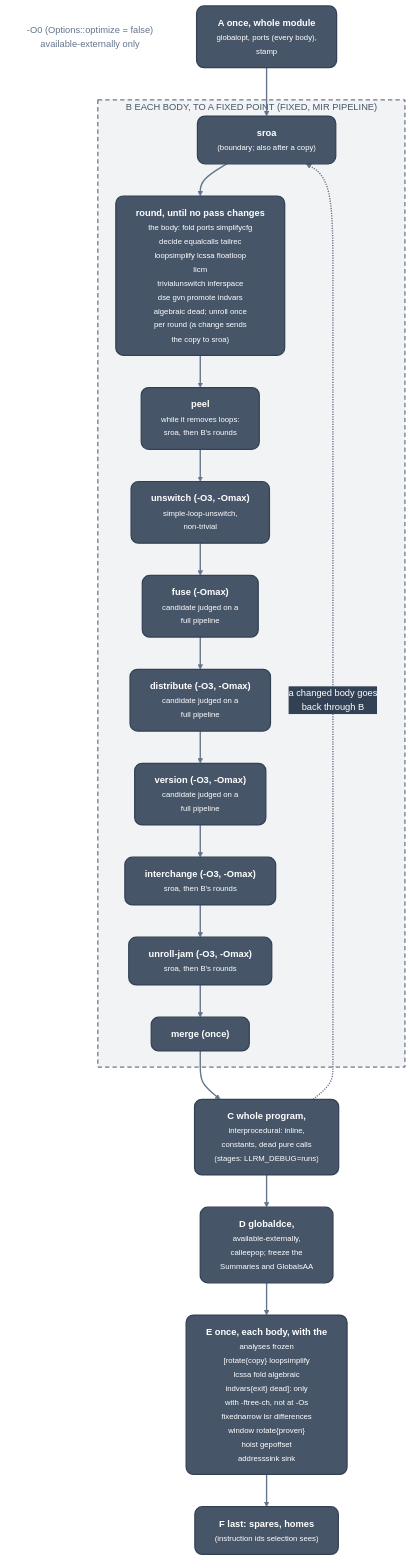
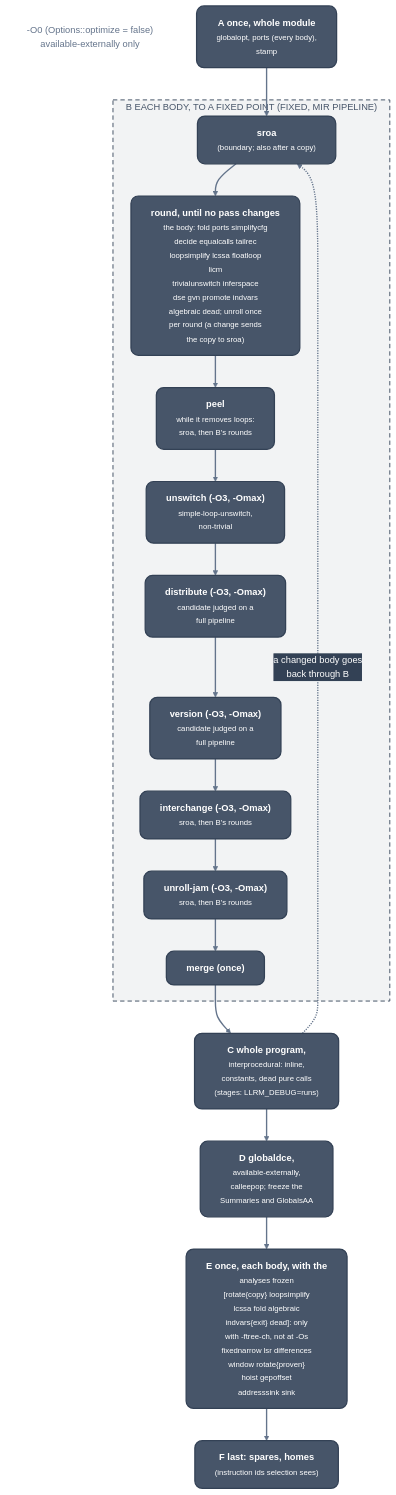
One commit to ali-mosavian/llrm changed the diagram in docs/optimizations/passes/pipeline.md. Above: the diagram before and after it, drawn with Mermaid. The commit also changed other lines of this file and 23 other files, not shown here.

````diff
--- a/docs/optimizations/passes/pipeline.md
+++ b/docs/optimizations/passes/pipeline.md
@@ -22,41 +22,39 @@
 ```mermaid
 %%{init: {'theme':'base','themeVariables':{'fontFamily':'Segoe UI, Helvetica Neue, Arial, DejaVu Sans, sans-serif','fontSize':'15px','primaryColor':'#475569','primaryTextColor':'#ffffff','primaryBorderColor':'#334155','lineColor':'#64748b','secondaryColor':'#475569','tertiaryColor':'transparent','clusterBkg':'transparent','clusterBorder':'#64748b','edgeLabelBackground':'#334155','textColor':'#64748b','titleColor':'#64748b'},'flowchart':{'curve':'basis','nodeSpacing':38,'rankSpacing':52,'padding':16,'wrappingWidth':360,'htmlLabels':true,'useMaxWidth':true}}}%%
 flowchart TB
   classDef mid fill:#475569,stroke:#334155,stroke-width:2px,color:#ffffff,rx:12px,ry:12px
   classDef note fill:transparent,stroke:transparent,color:#64748b
   linkStyle default stroke:#64748b,stroke-width:2.2px
   o0["-O0 (Options::optimize = false)<br/>available-externally only"]:::note
   a["<b>A  once, whole module</b><br/><small>globalopt, ports (every body),<br/>stamp</small>"]:::mid
   subgraph g_b["B  EACH BODY, TO A FIXED POINT (FIXED, MIR PIPELINE)"]
     sroa["<b>sroa</b><br/><small>(boundary#59; also after a copy)</small>"]:::mid
     rnd["<b>round, until no pass changes</b><br/><small>the body: fold ports simplifycfg<br/>decide equalcalls tailrec<br/>loopsimplify lcssa floatloop<br/>licm<br/>trivialunswitch inferspace<br/>dse gvn promote indvars<br/>algebraic dead#59; unroll once<br/>per round (a change sends<br/>the copy to sroa)</small>"]:::mid
     peel["<b>peel</b><br/><small>while it removes loops:<br/>sroa, then B's rounds</small>"]:::mid
     unsw["<b>unswitch (-O3, -Omax)</b><br/><small>simple-loop-unswitch,<br/>non-trivial</small>"]:::mid
     dist["<b>distribute (-O3, -Omax)</b><br/><small>candidate judged on a<br/>full pipeline</small>"]:::mid
     ver["<b>version (-O3, -Omax)</b><br/><small>candidate judged on a<br/>full pipeline</small>"]:::mid
-    fuse["<b>fuse (-Omax)</b><br/><small>candidate judged on a<br/>full pipeline</small>"]:::mid
     swap["<b>interchange (-O3, -Omax)</b><br/><small>sroa, then B's rounds</small>"]:::mid
     jam["<b>unroll-jam (-O3, -Omax)</b><br/><small>sroa, then B's rounds</small>"]:::mid
     mrg["<b>merge (once)</b>"]:::mid
   end
   c["<b>C  whole program,</b><br/><small>interprocedural: inline,<br/>constants, dead pure calls<br/>(stages: LLRM_DEBUG=runs)</small>"]:::mid
   d["<b>D  globaldce,</b><br/><small>available-externally,<br/>calleepop#59; freeze the<br/>Summaries and GlobalsAA</small>"]:::mid
   e["<b>E  once, each body, with the</b><br/><small>analyses frozen<br/>[rotate#123;copy#125; loopsimplify<br/>lcssa fold algebraic<br/>indvars#123;exit#125; dead]: only<br/>with -ftree-ch, not at -Os<br/>fixednarrow lsr differences<br/>window rotate#123;proven#125;<br/>hoist gepoffset<br/>addresssink sink</small>"]:::mid
   f["<b>F  last: spares, homes</b><br/><small>(instruction ids selection sees)</small>"]:::mid
   a --> sroa
   sroa --> rnd
   rnd --> peel
   peel --> unsw
-  unsw --> fuse
-  fuse --> dist
+  unsw --> dist
   dist --> ver
   ver --> swap
   swap --> jam
   jam --> mrg
   mrg --> c
   c -.->|"a changed body goes<br/>back through B"| sroa
   c --> d
   d --> e
   e --> f
   style g_b fill:#47556912,stroke:#475569,stroke-width:1.6px,stroke-dasharray:7 5,color:#475569
 ```
````
